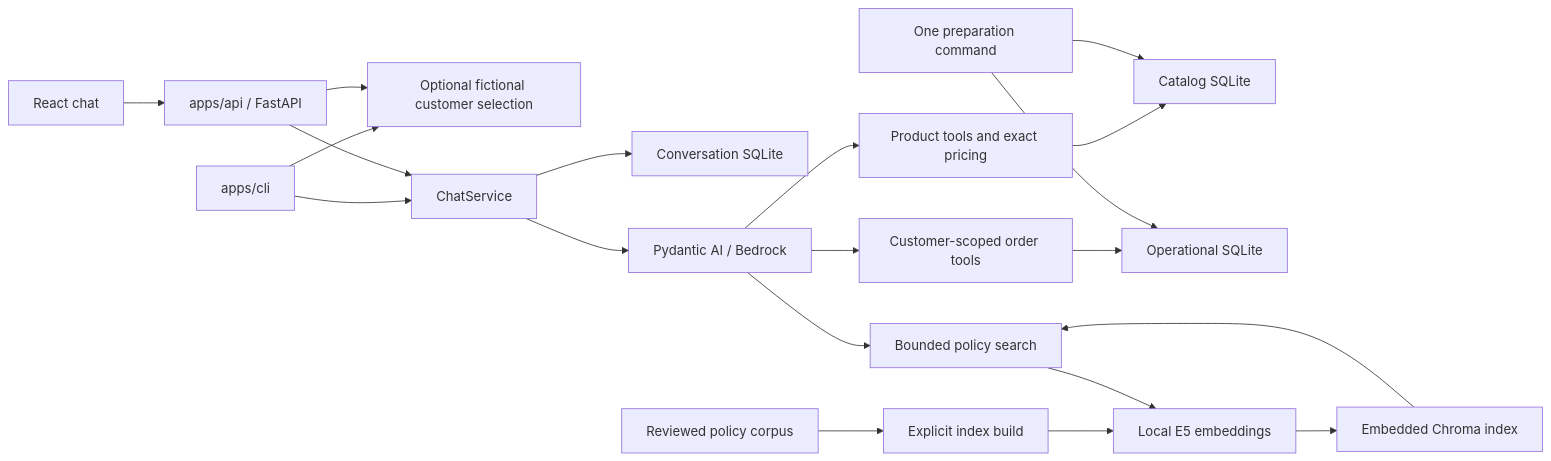
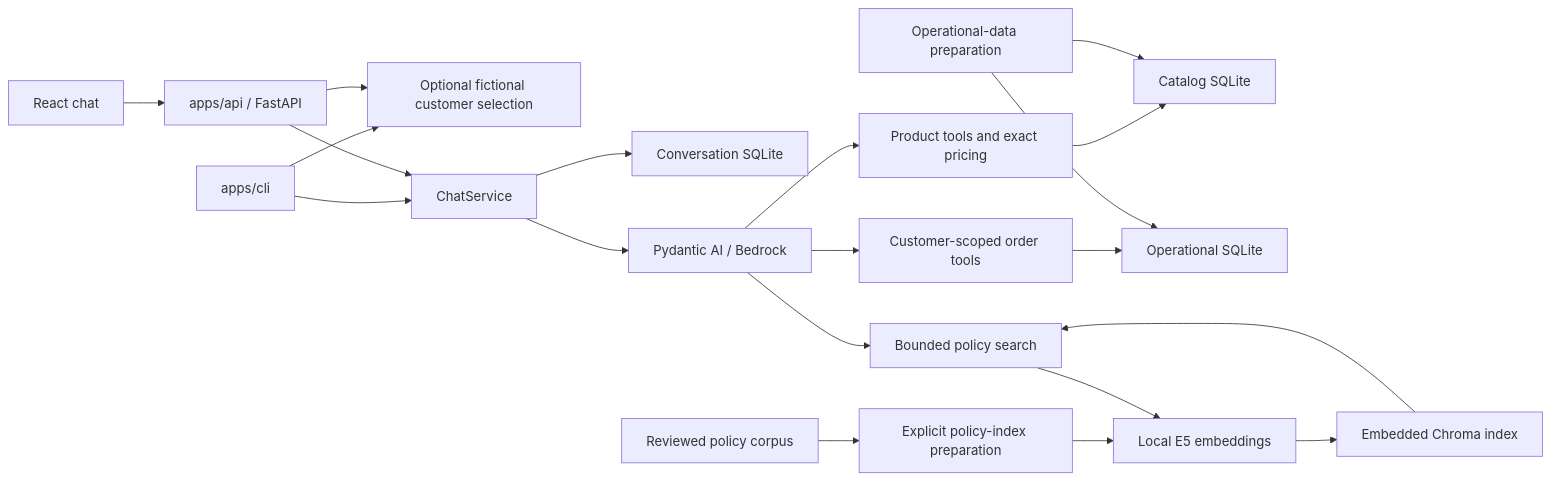
One commit to rafaself/atf-ai-engineer-challenge changed the diagram in docs/architecture.md. Above: the diagram before and after it, drawn with Mermaid. The commit also changed other lines of this file and 25 other files, not shown here.

````diff
--- a/docs/architecture.md
+++ b/docs/architecture.md
@@ -11,22 +11,22 @@
 ```mermaid
 flowchart LR
     React[React chat] --> HTTP
     CLI[apps/cli] --> Selection
     CLI --> Chat
     HTTP[apps/api / FastAPI] --> Selection[Optional fictional customer selection]
     HTTP --> Chat[ChatService]
     Chat --> History[Conversation SQLite]
     Chat --> Agent[Pydantic AI / Bedrock]
     Agent --> Products[Product tools and exact pricing]
     Agent --> Orders[Customer-scoped order tools]
     Agent --> Policy[Bounded policy search]
     Products --> Catalog[Catalog SQLite]
     Orders --> Operations[Operational SQLite]
-    Corpus[Reviewed policy corpus] --> IndexBuild[Explicit index build]
+    Corpus[Reviewed policy corpus] --> IndexBuild[Explicit policy-index preparation]
     IndexBuild --> E5[Local E5 embeddings]
     Policy --> E5
     E5 --> Chroma[Embedded Chroma index]
     Chroma --> Policy
-    Prepare[One preparation command] --> Catalog
+    Prepare[Operational-data preparation] --> Catalog
     Prepare --> Operations
 ```
````
